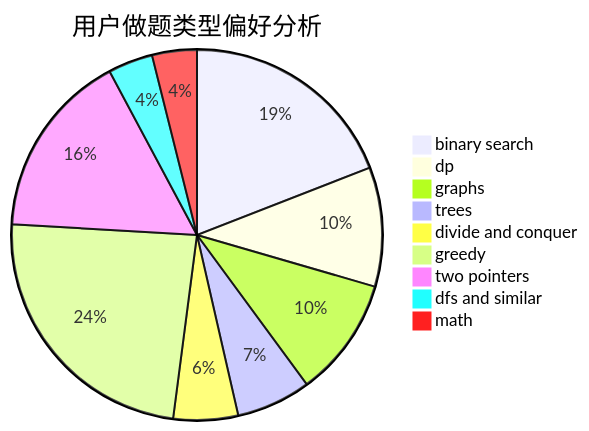
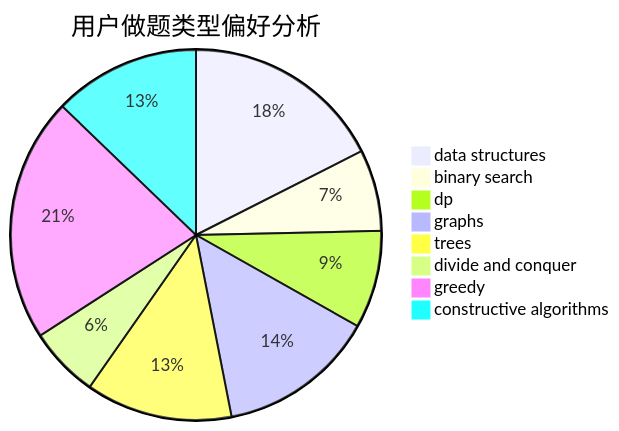
One commit to sherpahu/cfrs.github.io changed the second of 3 diagrams in docs/user/u168.md. Above: the diagram before and after it, drawn with Mermaid. The commit also changed other lines of this file and 2775 other files, not shown here.

````diff
--- a/docs/user/u168.md
+++ b/docs/user/u168.md
@@ -23,12 +23,11 @@
 ```mermaid
 pie title 用户做题类型偏好分析
-    "binary search" :  88
-    "dp" :  48
-    "graphs" :  48
-    "trees" :  30
-    "divide and conquer" :  26
-    "greedy" :  110
-    "two pointers" :  75
-    "dfs and similar" :  18
-    "math" :  18
+    "data structures" :  37
+    "binary search" :  15
+    "dp" :  18
+    "graphs" :  29
+    "trees" :  27
+    "divide and conquer" :  13
+    "greedy" :  45
+    "constructive algorithms" :  27
 ```
````
